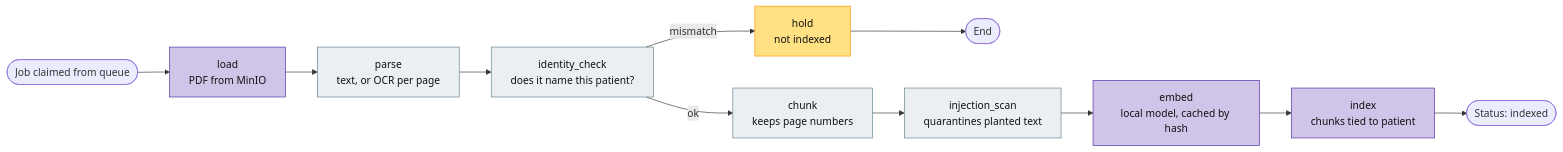
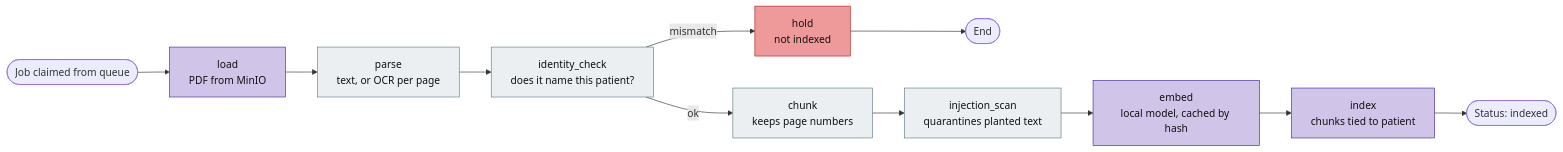
One commit to das0777/sahyog-care-companion changed the fifth of 9 diagrams in docs/architecture-pack.md. Above: the diagram before and after it, drawn with Mermaid. The commit also changed other lines of this file and 1 other file, not shown here.

First line of the commit message:
docs: four must-fix corrections from the AI review of the architecture pack

````diff
--- a/docs/architecture-pack.md
+++ b/docs/architecture-pack.md
@@ -323,21 +323,22 @@
 ```mermaid
 flowchart LR
     start([Job claimed from queue]) --> load
     load["load<br/>PDF from MinIO"] --> parse
     parse["parse<br/>text, or OCR per page"] --> identity
     identity["identity_check<br/>does it name this patient?"]
     identity -->|mismatch| hold
     identity -->|ok| chunk
     hold["hold<br/>not indexed"] --> stop1([End])
     chunk["chunk<br/>keeps page numbers"] --> scan
     scan["injection_scan<br/>quarantines planted text"] --> embed
     embed["embed<br/>local model, cached by hash"] --> index
     index["index<br/>chunks tied to patient"] --> stop2([Status: indexed])
 
     classDef code fill:#eceff1,stroke:#607d8b,color:#111
     classDef tool fill:#d1c4e9,stroke:#4527a0,color:#111
     classDef human fill:#ffe082,stroke:#ff8f00,color:#111
     class parse,identity,chunk,scan code
     class load,embed,index tool
-    class hold human
+    class hold handoff
+    classDef handoff fill:#ef9a9a,stroke:#b71c1c,color:#111
 ```
````
